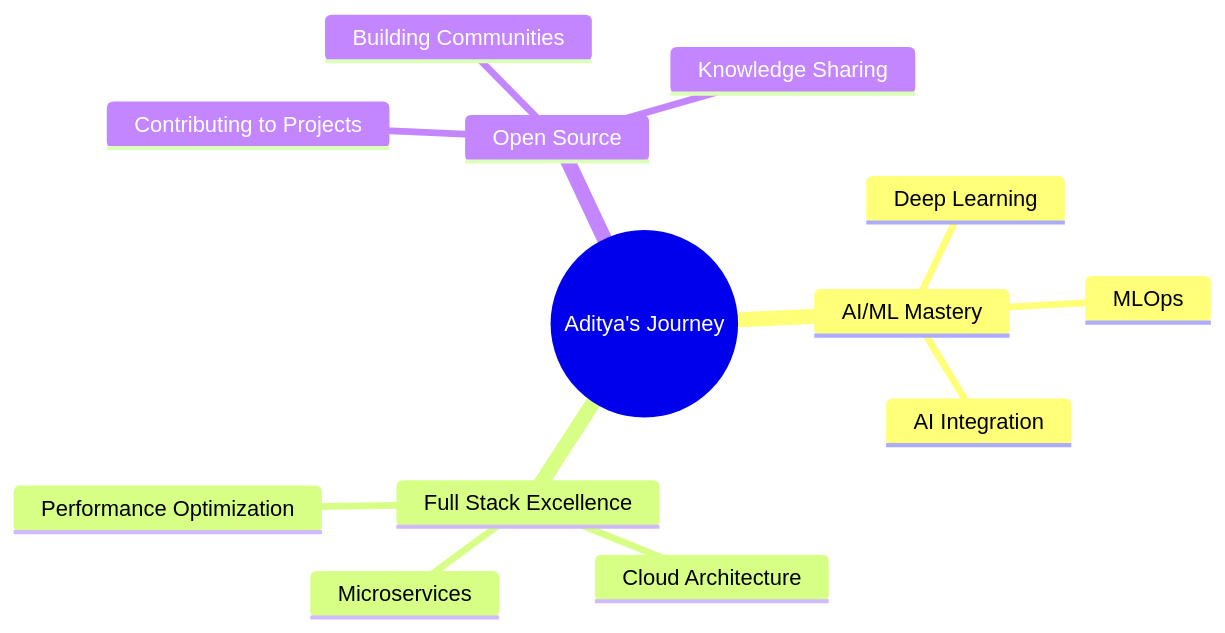
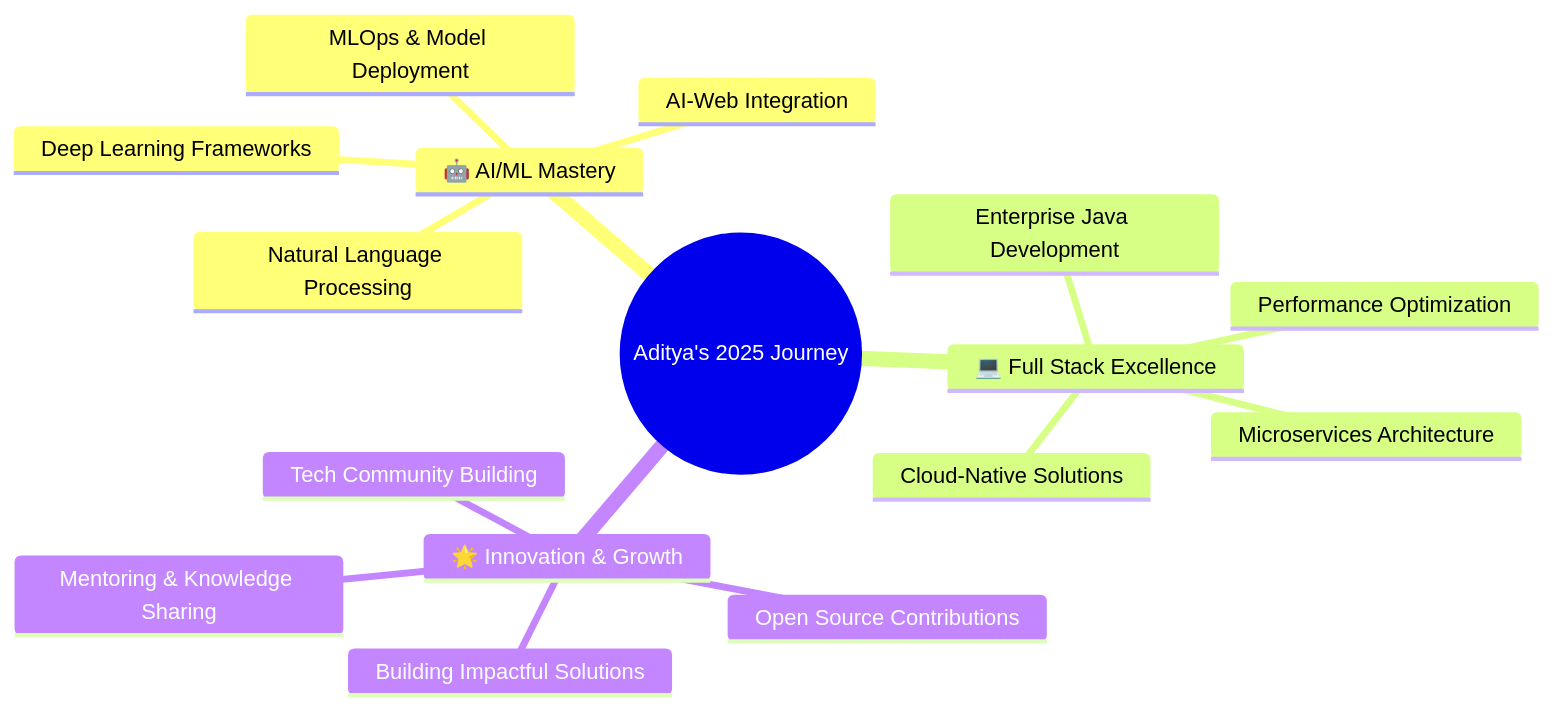
One commit to AdityaKotnala2004/adityakotnala2004 changed the diagram in README.md. Above: the diagram before and after it, drawn with Mermaid. The commit also changed other lines of this file, not shown here.

````diff
--- a/README.md
+++ b/README.md
@@ -116,16 +104,19 @@
 ```mermaid
 mindmap
-  root((Aditya's Journey))
-    AI/ML Mastery
-      Deep Learning
-      MLOps
-      AI Integration
-    Full Stack Excellence
-      Microservices
-      Cloud Architecture  
+  root((Aditya's 2025 Journey))
+    🤖 AI/ML Mastery
+      Deep Learning Frameworks
+      MLOps & Model Deployment
+      AI-Web Integration
+      Natural Language Processing
+    💻 Full Stack Excellence
+      Enterprise Java Development
+      Microservices Architecture
+      Cloud-Native Solutions
       Performance Optimization
-    Open Source
-      Contributing to Projects
-      Building Communities
-      Knowledge Sharing
+    🌟 Innovation & Growth
+      Open Source Contributions
+      Tech Community Building
+      Mentoring & Knowledge Sharing
+      Building Impactful Solutions
 ```
````
